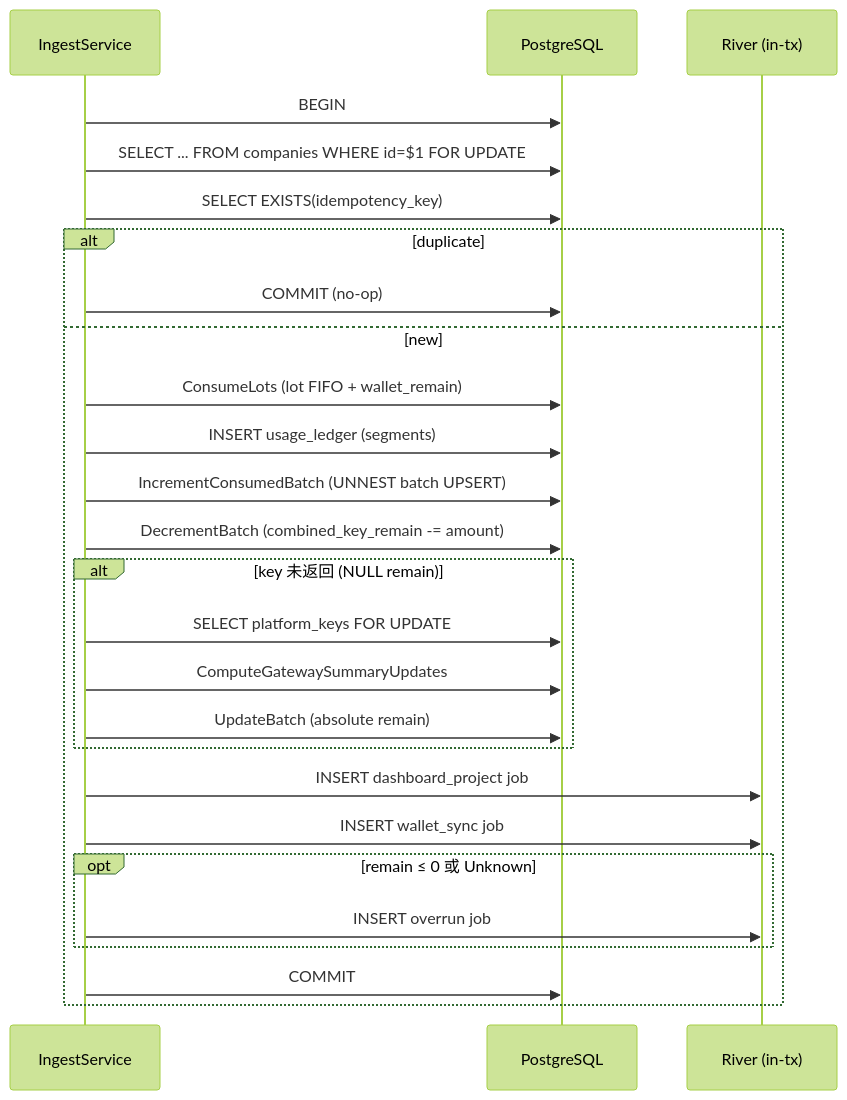
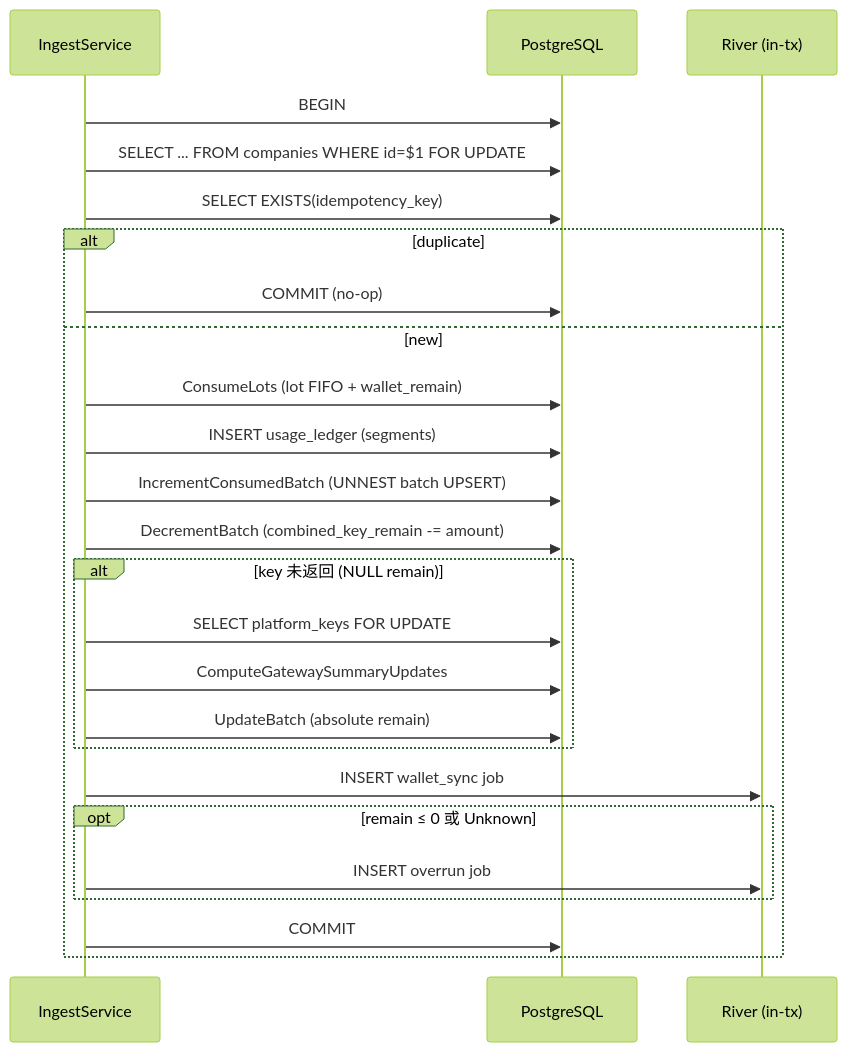
Before and after one commit to quyip8818/mytokenjoy: the second of 6 diagrams in docs/Backend-预算累计架构.md, drawn with Mermaid (forest theme). The commit also changed other lines of this file and 17 other files, not shown here.

````diff
--- a/docs/Backend-预算累计架构.md
+++ b/docs/Backend-预算累计架构.md
@@ -68,29 +68,28 @@
 ```mermaid
 sequenceDiagram
     participant I as IngestService
     participant PG as PostgreSQL
     participant R as River (in-tx)
 
     I->>PG: BEGIN
     I->>PG: SELECT ... FROM companies WHERE id=$1 FOR UPDATE
     I->>PG: SELECT EXISTS(idempotency_key)
     alt duplicate
         I->>PG: COMMIT (no-op)
     else new
         I->>PG: ConsumeLots (lot FIFO + wallet_remain)
         I->>PG: INSERT usage_ledger (segments)
         I->>PG: IncrementConsumedBatch (UNNEST batch UPSERT)
         I->>PG: DecrementBatch (combined_key_remain -= amount)
         alt key 未返回 (NULL remain)
             I->>PG: SELECT platform_keys FOR UPDATE
             I->>PG: ComputeGatewaySummaryUpdates
             I->>PG: UpdateBatch (absolute remain)
         end
-        I->>R: INSERT dashboard_project job
         I->>R: INSERT wallet_sync job
         opt remain ≤ 0 或 Unknown
             I->>R: INSERT overrun job
         end
         I->>PG: COMMIT
     end
 ```
````
